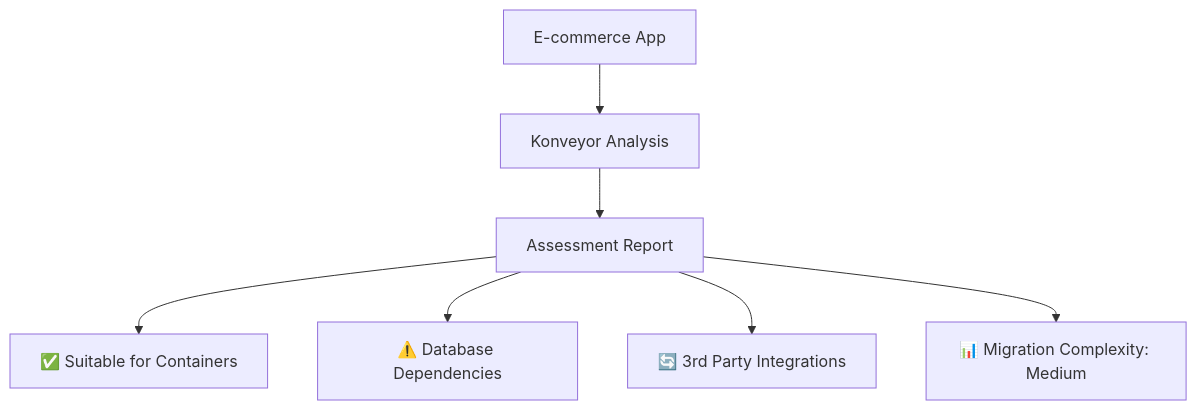
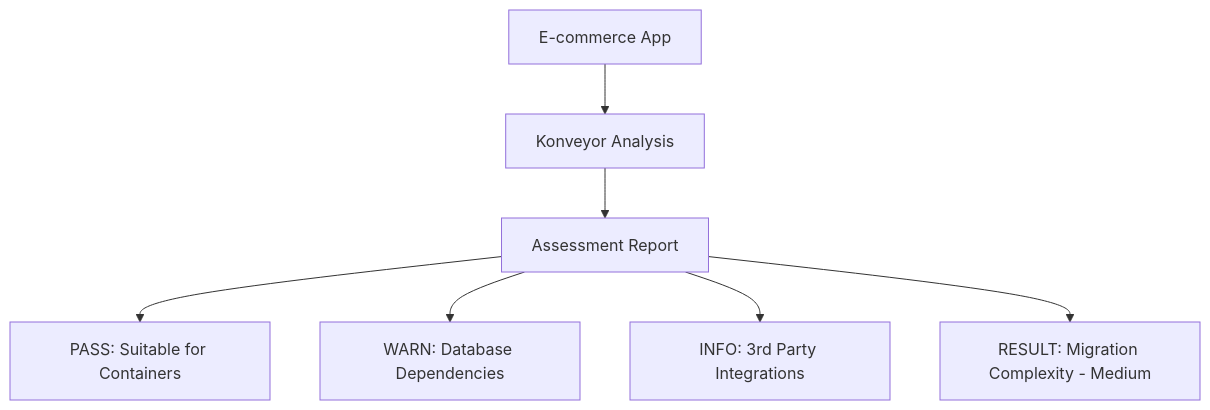
Before and after one commit to my-janala/app-modernisation-demo: the fifth of 12 diagrams in SLIDES_MODERNIZATION.md, drawn with Mermaid. The commit also changed other lines of this file and 5 other files, not shown here.

````diff
--- a/SLIDES_MODERNIZATION.md
+++ b/SLIDES_MODERNIZATION.md
@@ -179,10 +180,10 @@
 ```mermaid
 graph TD
     A[E-commerce App] --> B[Konveyor Analysis]
     B --> C[Assessment Report]
     
-    C --> D[✅ Suitable for Containers]
-    C --> E[⚠️ Database Dependencies]
-    C --> F[🔄 3rd Party Integrations]
-    C --> G[📊 Migration Complexity: Medium]
+    C --> D[PASS: Suitable for Containers]
+    C --> E[WARN: Database Dependencies]
+    C --> F[INFO: 3rd Party Integrations]
+    C --> G[RESULT: Migration Complexity - Medium]
 ```
````
